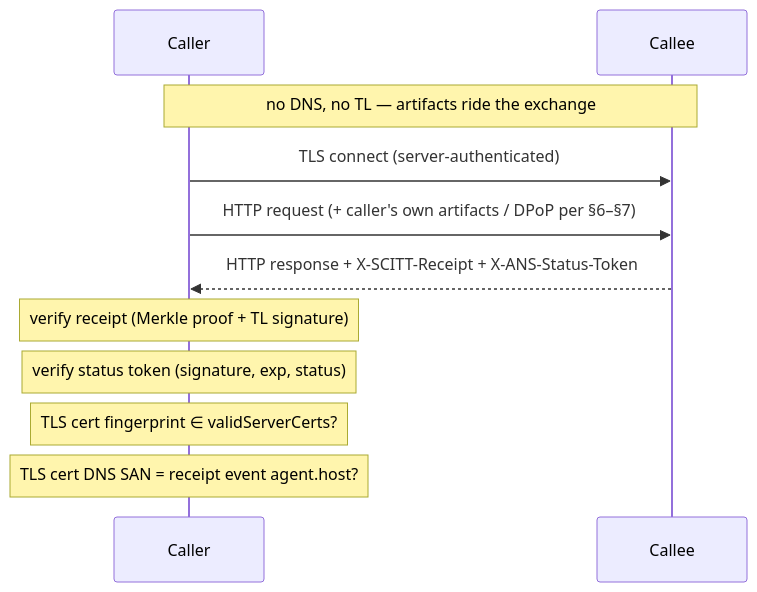
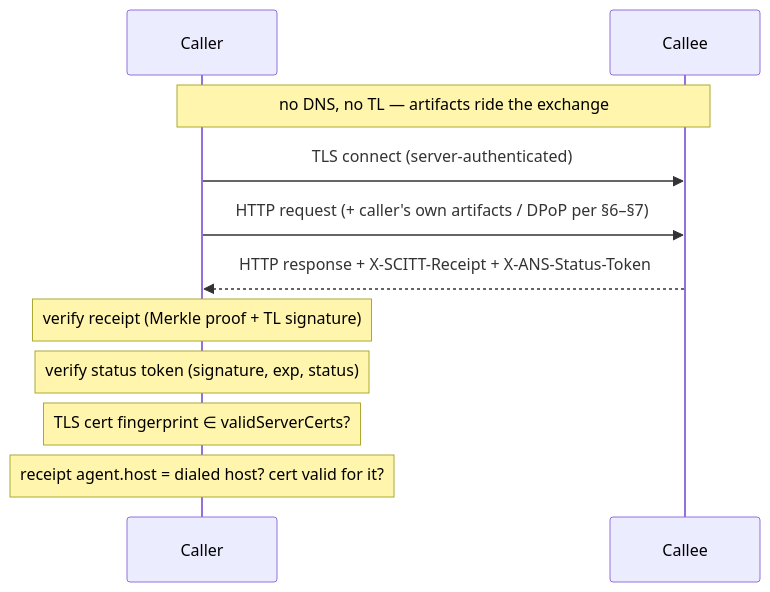
Before and after one commit to agentnameservice/ans-registry: the second of 2 diagrams in spec/ans-6-agent-authentication.md, drawn with Mermaid. The commit also changed other lines of this file and 3 other files, not shown here.

````diff
--- a/spec/ans-6-agent-authentication.md
+++ b/spec/ans-6-agent-authentication.md
@@ -475,16 +485,16 @@
 ```mermaid
 sequenceDiagram
     participant Caller
     participant Callee
 
     Note over Caller,Callee: no DNS, no TL — artifacts ride the exchange
 
     Caller->>Callee: TLS connect (server-authenticated)
     Caller->>Callee: HTTP request (+ caller's own artifacts / DPoP per §6–§7)
     Callee-->>Caller: HTTP response + X-SCITT-Receipt + X-ANS-Status-Token
 
     Note over Caller: verify receipt (Merkle proof + TL signature)
     Note over Caller: verify status token (signature, exp, status)
     Note over Caller: TLS cert fingerprint ∈ validServerCerts?
-    Note over Caller: TLS cert DNS SAN = receipt event agent.host?
+    Note over Caller: receipt agent.host = dialed host? cert valid for it?
 ```
````
